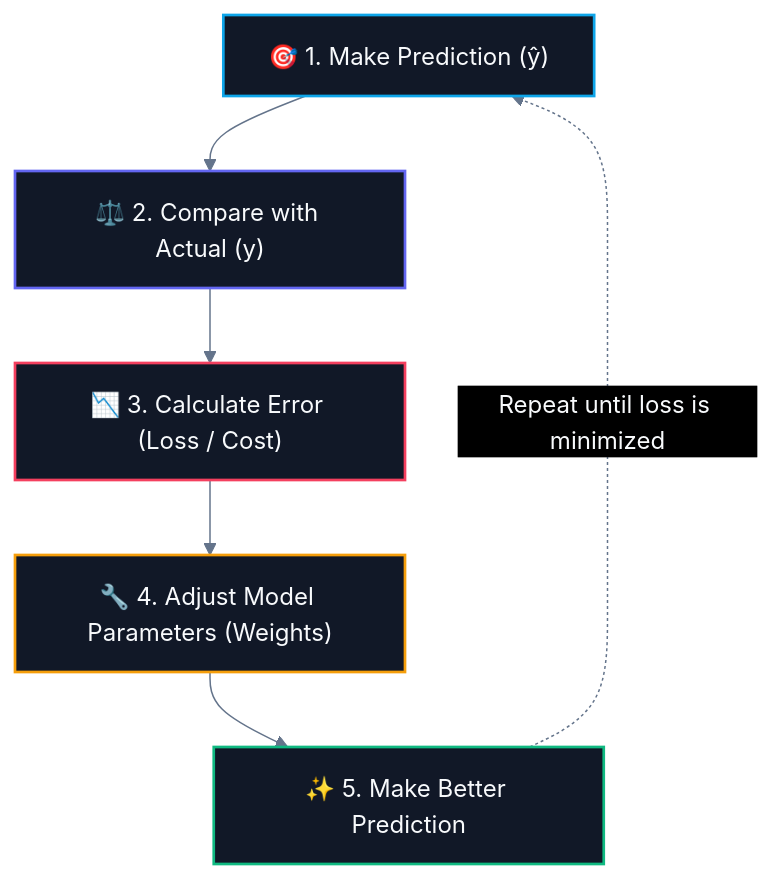
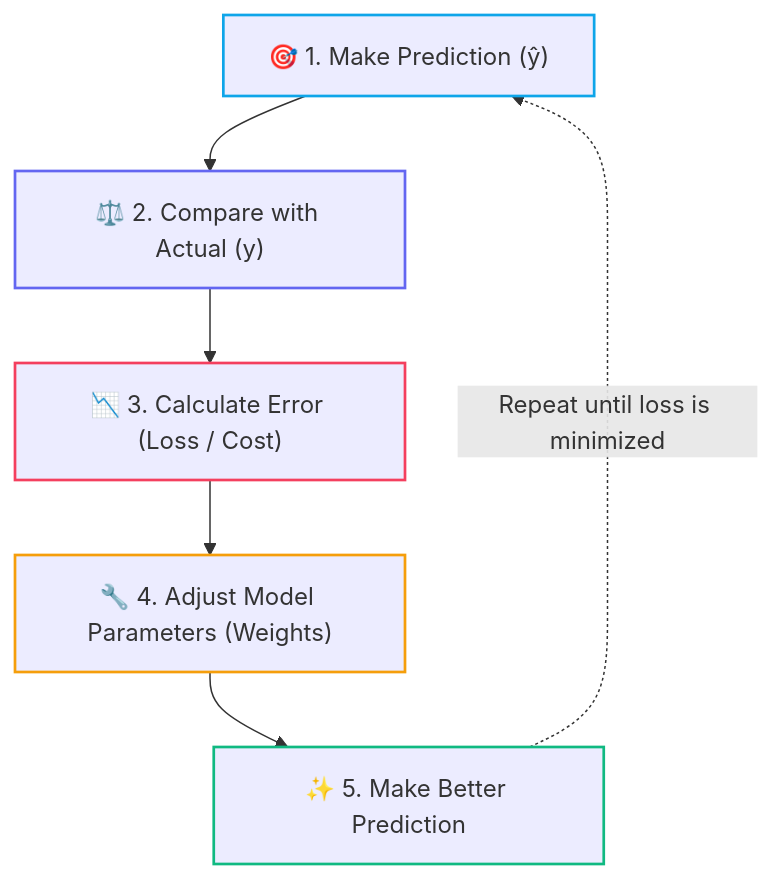
The second of 3 diagrams in CS/AI & ML/01. Classical ML/01. Introduction to Machine Learning.md (abhinavbharti2345/CS_Notes), drawn with Mermaid before and after one commit. The commit also changed other lines of this file and 91 other files, not shown here.

````diff
--- a/CS/AI & ML/01. Classical ML/01. Introduction to Machine Learning.md
+++ b/CS/AI & ML/01. Classical ML/01. Introduction to Machine Learning.md
@@ -98,21 +97,20 @@
 ```mermaid
-%%{init: {'theme': 'base', 'themeVariables': { 'darkMode': true, 'background': '#0B0F14', 'mainBkg': '#111827', 'primaryColor': '#111827', 'primaryTextColor': '#F8FAFC', 'primaryBorderColor': '#38BDF8', 'lineColor': '#64748B', 'secondaryColor': '#0B0F14', 'tertiaryColor': '#0B0F14', 'clusterBkg': '#0B0F14', 'clusterBorder': '#38BDF8' }}}%%
 flowchart TD
     A["🎯 1. Make Prediction (ŷ)"] --> B["⚖️ 2. Compare with Actual (y)"]
     B --> C["📉 3. Calculate Error (Loss / Cost)"]
     C --> D["🔧 4. Adjust Model Parameters (Weights)"]
     D --> E["✨ 5. Make Better Prediction"]
     E -.->|"Repeat until loss is minimized"| A
 
-    classDef c1 fill:#111827,stroke:#0ea5e9,stroke-width:1.8px,color:#F8FAFC;
-    classDef c2 fill:#111827,stroke:#6366f1,stroke-width:1.8px,color:#F8FAFC;
-    classDef c3 fill:#111827,stroke:#f43f5e,stroke-width:1.8px,color:#F8FAFC;
-    classDef c4 fill:#111827,stroke:#f59e0b,stroke-width:1.8px,color:#F8FAFC;
-    classDef c5 fill:#111827,stroke:#10b981,stroke-width:1.8px,color:#F8FAFC;
+    classDef c1 stroke:#0ea5e9,stroke-width:1.8px;
+    classDef c2 stroke:#6366f1,stroke-width:1.8px;
+    classDef c3 stroke:#f43f5e,stroke-width:1.8px;
+    classDef c4 stroke:#f59e0b,stroke-width:1.8px;
+    classDef c5 stroke:#10b981,stroke-width:1.8px;
 
     class A c1;
     class B c2;
     class C c3;
     class D c4;
     class E c5;
 ```
````
